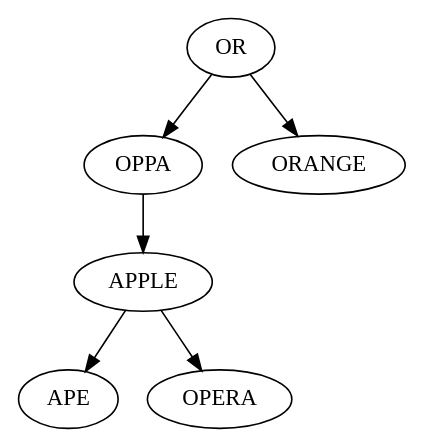
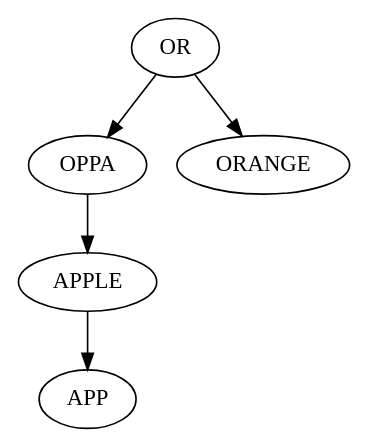
Before and after one commit to keithstellyes/Pretty-Data-Stuctures: the diagram in bs_bst.dot, drawn with Graphviz. The commit also changed 15 other files, not shown here.

```diff
--- a/bs_bst.dot
+++ b/bs_bst.dot
@@ -1,13 +1,11 @@
 digraph {
     a [label="OR"];
     b [label="OPPA"];
     c [label="APPLE"];
-    d [label="APE"];
-    e [label="OPERA"];
-    f [label="ORANGE"];
+    d [label="APP"];
+    e [label="ORANGE"];
     c -> d
-    c -> e
     b -> c
     a -> b
-    a -> f
+    a -> e
 }
```
